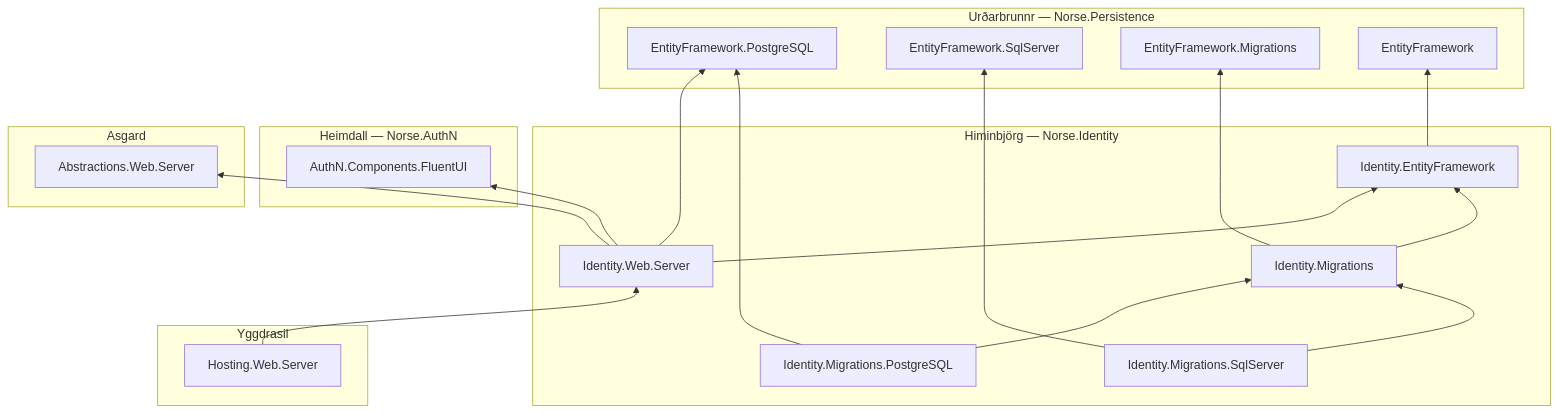
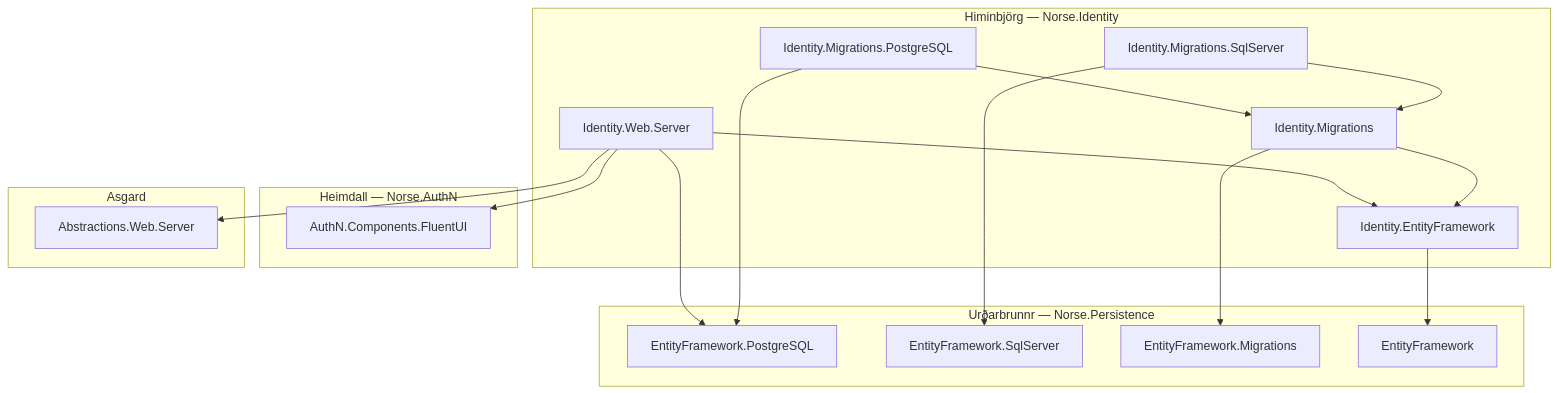
Before and after one commit to NorseArchitecture/Himinbjorg: the diagram in README.md, drawn with Mermaid.

````diff
--- a/README.md
+++ b/README.md
@@ -21,37 +21,33 @@
 ```mermaid
-flowchart BT
-	subgraph Yggdrasil
-		HostingWebServer["Hosting.Web.Server"]
-	end
+flowchart TB
 	subgraph Himinbjorg["Himinbjörg — Norse.Identity"]
 		MigrationsPg["Identity.Migrations.PostgreSQL"]
 		MigrationsSql["Identity.Migrations.SqlServer"]
 		Migrations["Identity.Migrations"]
 		WebServer["Identity.Web.Server"]
 		EntityFramework["Identity.EntityFramework"]
 	end
 	subgraph Heimdall["Heimdall — Norse.AuthN"]
 		FluentUI["AuthN.Components.FluentUI"]
 	end
 	subgraph Asgard
 		WebServerLaw["Abstractions.Web.Server"]
 	end
 	subgraph Urdarbrunnr["Urðarbrunnr — Norse.Persistence"]
 		EFPg["EntityFramework.PostgreSQL"]
 		EFSql["EntityFramework.SqlServer"]
 		EFMigrations["EntityFramework.Migrations"]
 		EF["EntityFramework"]
 	end
-	HostingWebServer --> WebServer
 	WebServer --> EntityFramework
 	WebServer --> FluentUI
 	WebServer --> WebServerLaw
 	WebServer --> EFPg
 	EntityFramework --> EF
 	Migrations --> EntityFramework
 	Migrations --> EFMigrations
 	MigrationsPg --> Migrations
 	MigrationsPg --> EFPg
 	MigrationsSql --> Migrations
 	MigrationsSql --> EFSql
 ```
````
